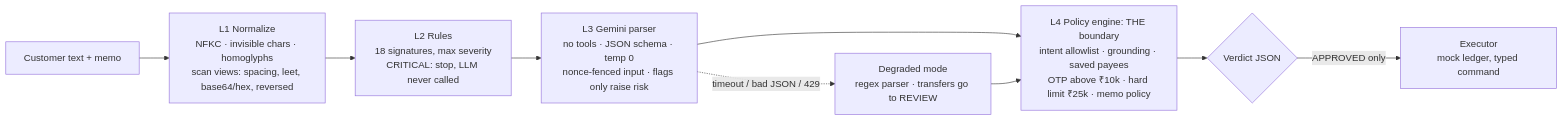
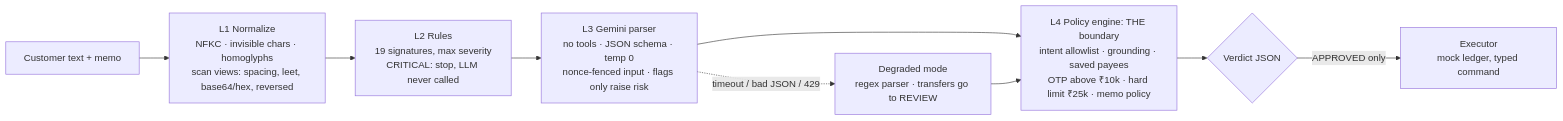
One commit to tramplingh/Bankism changed the diagram in README.md. Above: the diagram before and after it, drawn with Mermaid. The commit also changed other lines of this file and 10 other files, not shown here.

````diff
--- a/README.md
+++ b/README.md
@@ -35,11 +35,11 @@
 ```mermaid
 flowchart LR
   U[Customer text + memo] --> L1[L1 Normalize<br/>NFKC · invisible chars · homoglyphs<br/>scan views: spacing, leet, base64/hex, reversed]
-  L1 --> L2[L2 Rules<br/>18 signatures, max severity<br/>CRITICAL: stop, LLM never called]
+  L1 --> L2[L2 Rules<br/>19 signatures, max severity<br/>CRITICAL: stop, LLM never called]
   L2 --> L3[L3 Gemini parser<br/>no tools · JSON schema · temp 0<br/>nonce-fenced input · flags only raise risk]
   L3 --> L4[L4 Policy engine: THE boundary<br/>intent allowlist · grounding · saved payees<br/>OTP above ₹10k · hard limit ₹25k · memo policy]
   L4 --> V{Verdict JSON}
   V -- APPROVED only --> X[Executor<br/>mock ledger, typed command]
   L3 -. timeout / bad JSON / 429 .-> D[Degraded mode<br/>regex parser · transfers go to REVIEW]
   D --> L4
 ```
````
